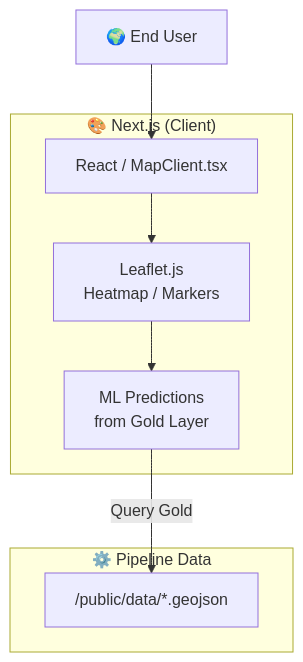
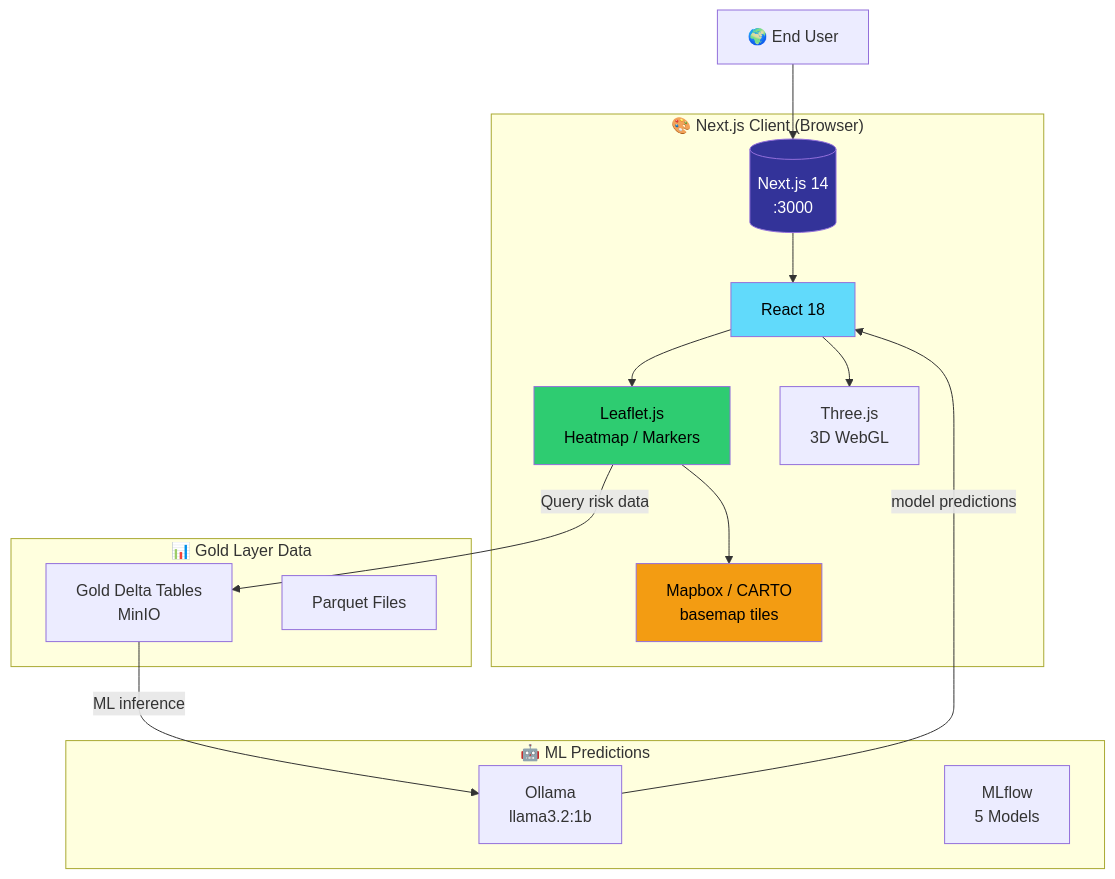
Before and after one commit to matiasmagni/geo-ai-medallion-architecture-pipeline: the sixth of 7 diagrams in README.md, drawn with Mermaid. The commit also changed other lines of this file and 1 other file, not shown here.

Commit message:
Add Maps/React/Next.js stack, fix pipeline runner, update README
- Add Leaflet, React 18, Next.js 14, Three.js to Tech Stack
- Fix run_pipeline.py chdir to work locally
- Add detailed web app architecture diagram
- Run Bronze: 7995 records ingested
- Verify Grafana and MLflow working

````diff
--- a/README.md
+++ b/README.md
@@ -309,18 +311,36 @@
 ```mermaid
 flowchart TD
     User["🌍 End User"]
-    subgraph Frontend["🎨 Next.js (Client)"]
-        UI["React / MapClient.tsx"]
+    
+    subgraph Client["🎨 Next.js Client (Browser)"]
+        N[("Next.js 14<br/>:3000")]
+        R["React 18"]
         L["Leaflet.js<br/>Heatmap / Markers"]
-        M["ML Predictions<br/>from Gold Layer"]
+        M["Mapbox / CARTO<br/> basemap tiles"]
+        T["Three.js<br/>3D WebGL"]
     end
     
-    subgraph Backend["⚙️ Pipeline Data"]
-        API["/public/data/*.geojson"]
+    subgraph Data["📊 Gold Layer Data"]
+        G["Gold Delta Tables<br/>MinIO"]
+        P["Parquet Files"]
     end
     
-    User --> UI
-    UI --> L
+    subgraph ML["🤖 ML Predictions"]
+        Ollama["Ollama<br/>llama3.2:1b"]
+        MLflow["MLflow<br/>5 Models"]
+    end
+    
+    User --> N
+    N --> R
+    R --> L
     L --> M
-    M -- "Query Gold" --> API
+    L -- "Query risk data" --> G
+    G -- "ML inference" --> Ollama
+    Ollama -- "model predictions" --> R
+    R --> T
+    
+    style N fill:#339,color:#fff
+    style R fill:#61dafb,color:#000
+    style L fill:#2ecc71,color:#000
+    style M fill:#f39c12,color:#000
 ```
````
